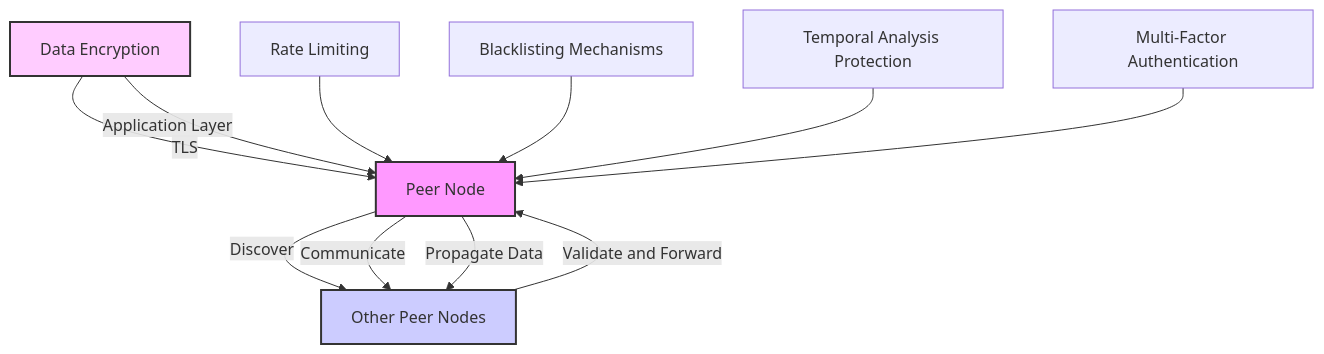
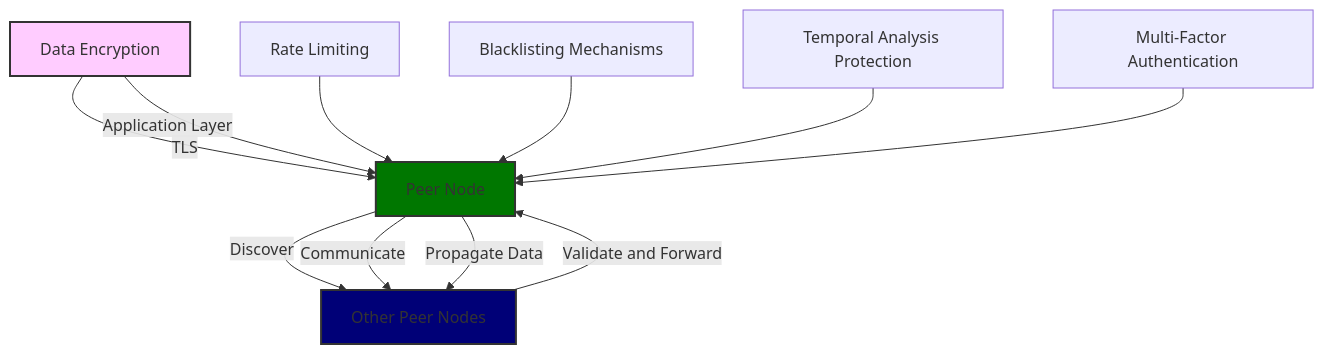
Before and after one commit to dustinengle/exinfo: the first of 5 diagrams in README.md, drawn with Mermaid. The commit also changed other lines of this file, not shown here.

Commit message:
graph color change

````diff
--- a/README.md
+++ b/README.md
@@ -13,16 +13,16 @@
 ```mermaid
 graph TD;
     A[Peer Node] -- Discover --> B[Other Peer Nodes]
     A -- Communicate --> B
     C[Data Encryption] -->|TLS| A
     C -->|Application Layer| A
     D[Rate Limiting] --> A
     E[Blacklisting Mechanisms] --> A
     F[Temporal Analysis Protection] --> A
     G[Multi-Factor Authentication] --> A
     A -->|Propagate Data| B
     B -- Validate and Forward --> A
-    style A fill:#f9f,stroke:#333,stroke-width:2px
-    style B fill:#ccf,stroke:#333,stroke-width:2px
+    style A fill:#070,stroke:#333,stroke-width:2px
+    style B fill:#007,stroke:#333,stroke-width:2px
     style C fill:#fcf,stroke:#333,stroke-width:2px
 ```
````
